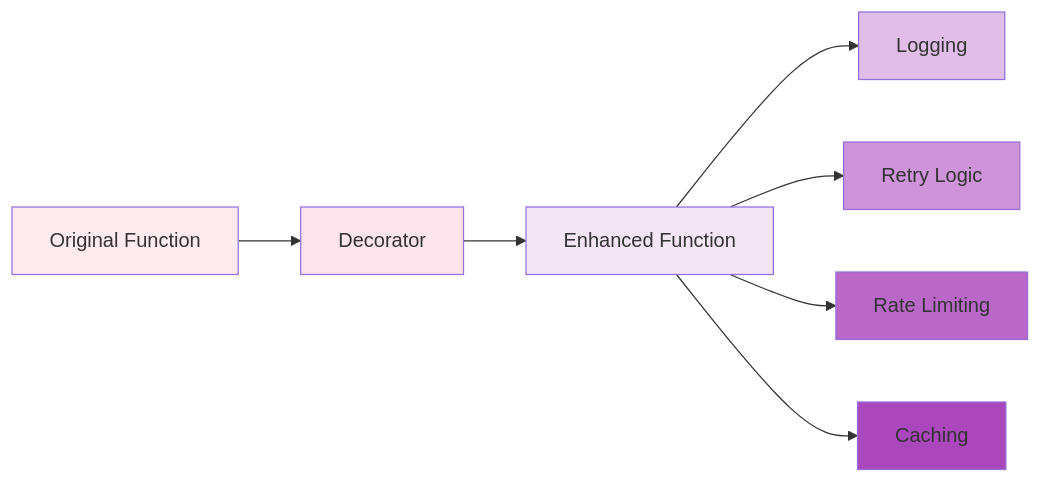
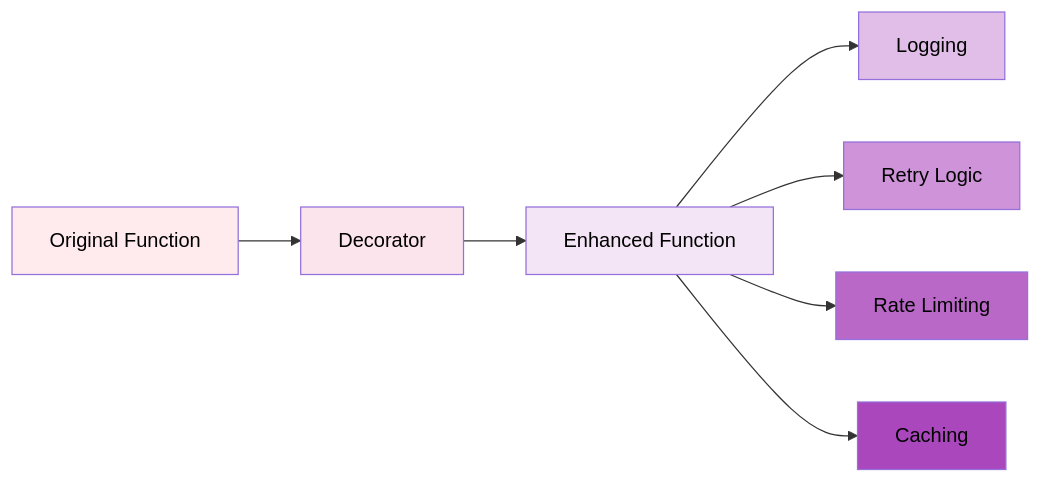
Before and after one commit to iNavLabsResearch/ai_starter: the second of 2 diagrams in docs/session_1/3_advanced_python_oop.md, drawn with Mermaid. The commit also changed 8 other files, not shown here.

First line of the commit message:
Fix Mermaid diagram text visibility - set all text to black

````diff
--- a/docs/session_1/3_advanced_python_oop.md
+++ b/docs/session_1/3_advanced_python_oop.md
@@ -249,17 +249,17 @@
 ```mermaid
 graph LR
     A[Original Function] --> B[Decorator]
     B --> C[Enhanced Function]
     C --> D[Logging]
     C --> E[Retry Logic]
     C --> F[Rate Limiting]
     C --> G[Caching]
     
-    style A fill:#ffebee
-    style B fill:#fce4ec
-    style C fill:#f3e5f5
-    style D fill:#e1bee7
-    style E fill:#ce93d8
-    style F fill:#ba68c8
-    style G fill:#ab47bc
+    style A fill:#ffebee,color:#000000
+    style B fill:#fce4ec,color:#000000
+    style C fill:#f3e5f5,color:#000000
+    style D fill:#e1bee7,color:#000000
+    style E fill:#ce93d8,color:#000000
+    style F fill:#ba68c8,color:#000000
+    style G fill:#ab47bc,color:#000000
 ```
````
